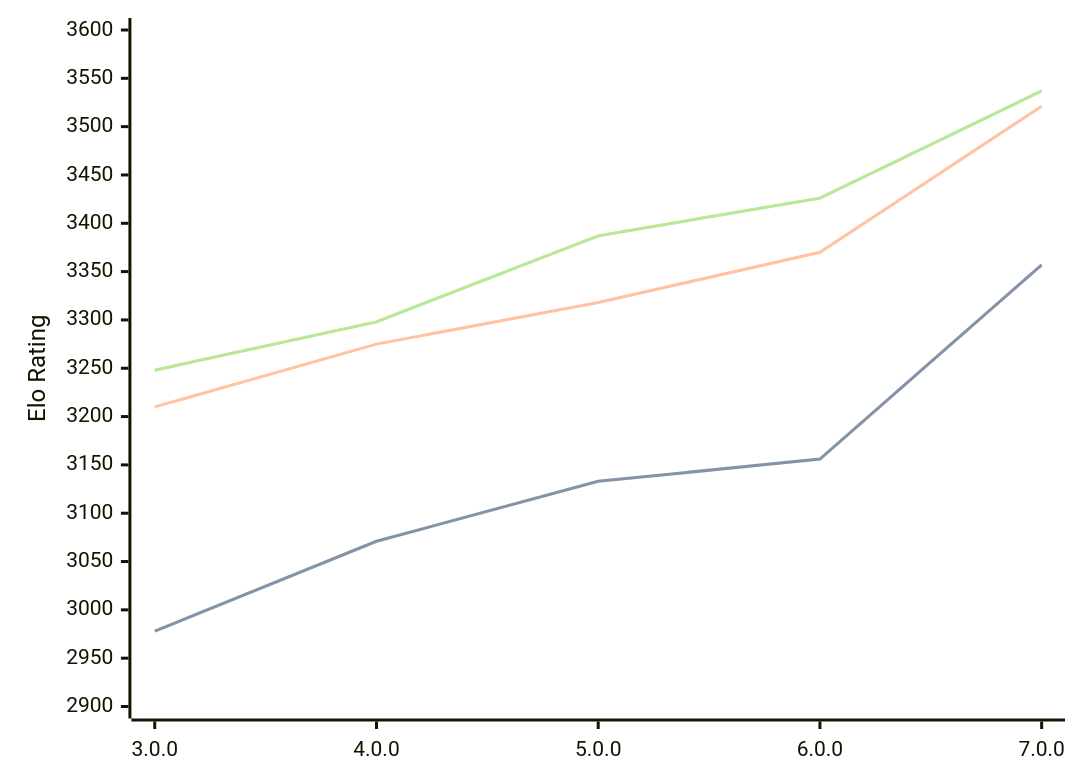
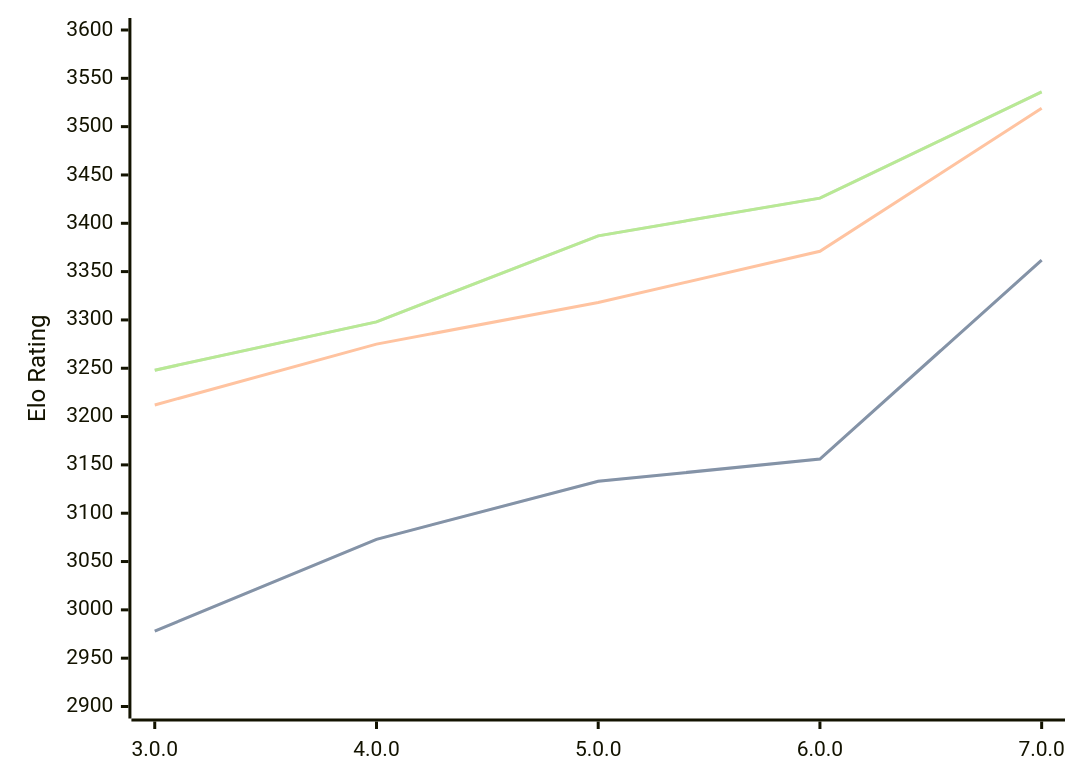
One commit to computer-chess-index/cci changed the diagram in engines/Minke.md. Above: the diagram before and after it, drawn with Mermaid. The commit also changed other lines of this file, not shown here.

Commit message:
Update CCI Ratings (ELO VLTC) - 2026-09-06

````diff
--- a/engines/Minke.md
+++ b/engines/Minke.md
@@ -35,11 +35,11 @@
 ```mermaid
 %%{init: {"theme":"base","themeVariables":{"seriesColors:['#a3a3a3','#222221','#faa371']}}}%%
 xychart-beta
   x-axis ["3.0.0", "4.0.0", "5.0.0", "6.0.0", "7.0.0"]
   y-axis "Elo Rating" 2900 --> 3600
-  line "" [2978, 3071, 3133, 3156, 3357]
-  line "STC (8.0+0.08s)" [2978, 3071, 3133, 3156, 3357]
-  line "LTC (60.0+0.60s)" [3210, 3275, 3318, 3370, 3521]
-  line "" [3248, 3298, 3387, 3426, 3537]
-  line "VLTC (2m24s+1.12s)" [3248, 3298, 3387, 3426, 3537]
+  line "" [2978, 3073, 3133, 3156, 3362]
+  line "STC (8.0+0.08s)" [2978, 3073, 3133, 3156, 3362]
+  line "LTC (60.0+0.60s)" [3212, 3275, 3318, 3371, 3519]
+  line "" [3248, 3298, 3387, 3426, 3536]
+  line "VLTC (2m24s+1.12s)" [3248, 3298, 3387, 3426, 3536]
 ```
````
